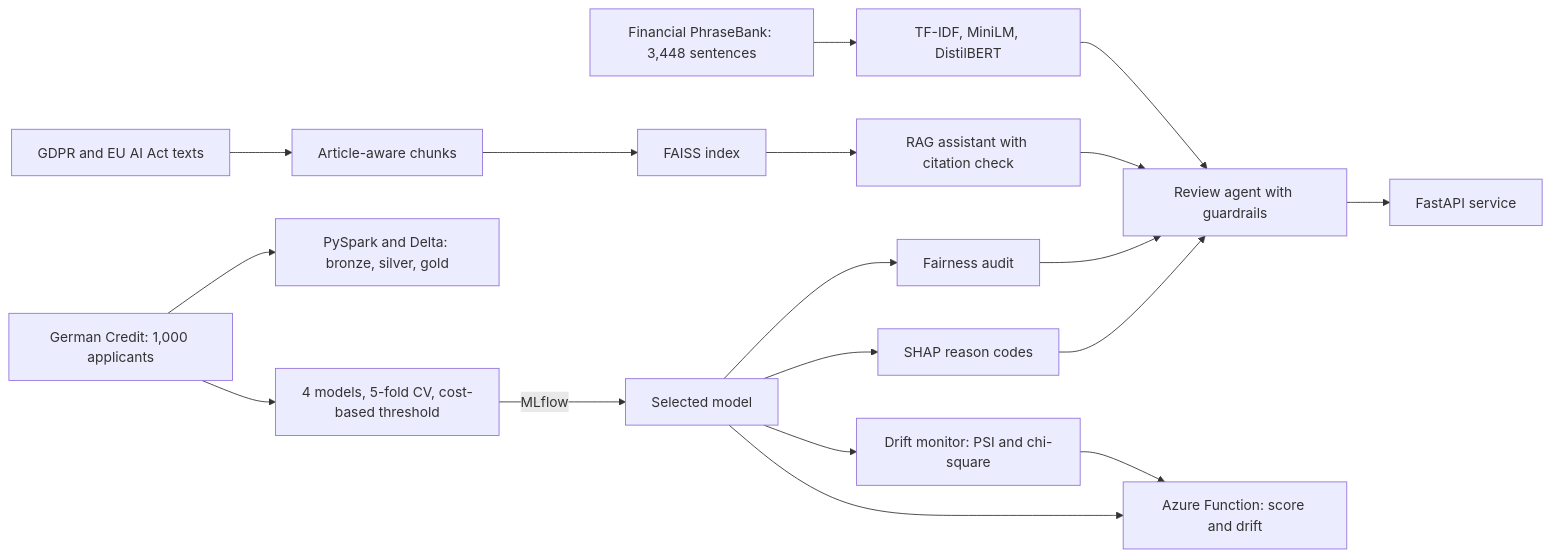
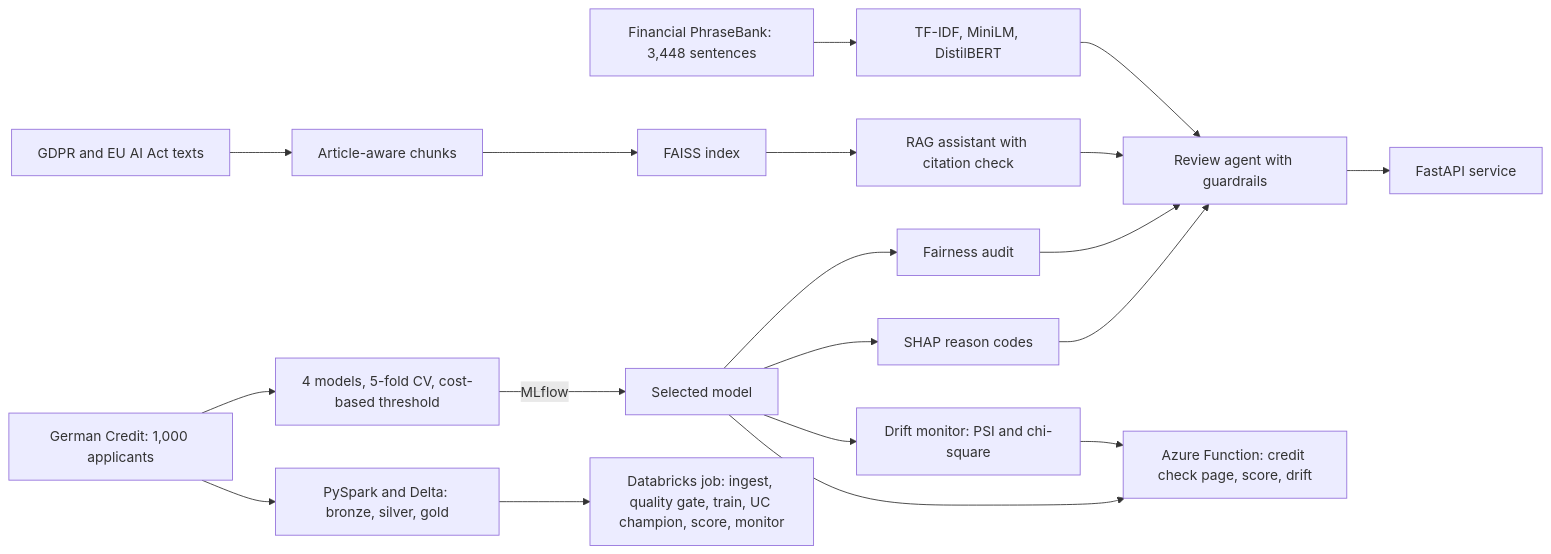
One commit to shubhamyad86-ai/nyaya changed the diagram in README.md. Above: the diagram before and after it, drawn with Mermaid. The commit also changed other lines of this file and 19 other files, not shown here.

First line of the commit message:
Databricks production job as an Asset Bundle; docs for the credit check page

````diff
--- a/README.md
+++ b/README.md
@@ -59,20 +78,21 @@
 ```mermaid
 flowchart LR
     A["German Credit: 1,000 applicants"] --> D["4 models, 5-fold CV, cost-based threshold"]
     A --> B["PySpark and Delta: bronze, silver, gold"]
     D -->|MLflow| E["Selected model"]
     E --> F["SHAP reason codes"]
     E --> G["Fairness audit"]
     E --> N["Drift monitor: PSI and chi-square"]
     H["GDPR and EU AI Act texts"] --> I["Article-aware chunks"]
     I --> J["FAISS index"]
     J --> K["RAG assistant with citation check"]
     S["Financial PhraseBank: 3,448 sentences"] --> T["TF-IDF, MiniLM, DistilBERT"]
     F --> L["Review agent with guardrails"]
     G --> L
     K --> L
     T --> L
     L --> M["FastAPI service"]
-    E --> O["Azure Function: score and drift"]
+    E --> O["Azure Function: credit check page, score, drift"]
+    B --> P["Databricks job: ingest, quality gate, train, UC champion, score, monitor"]
     N --> O
 ```
````
